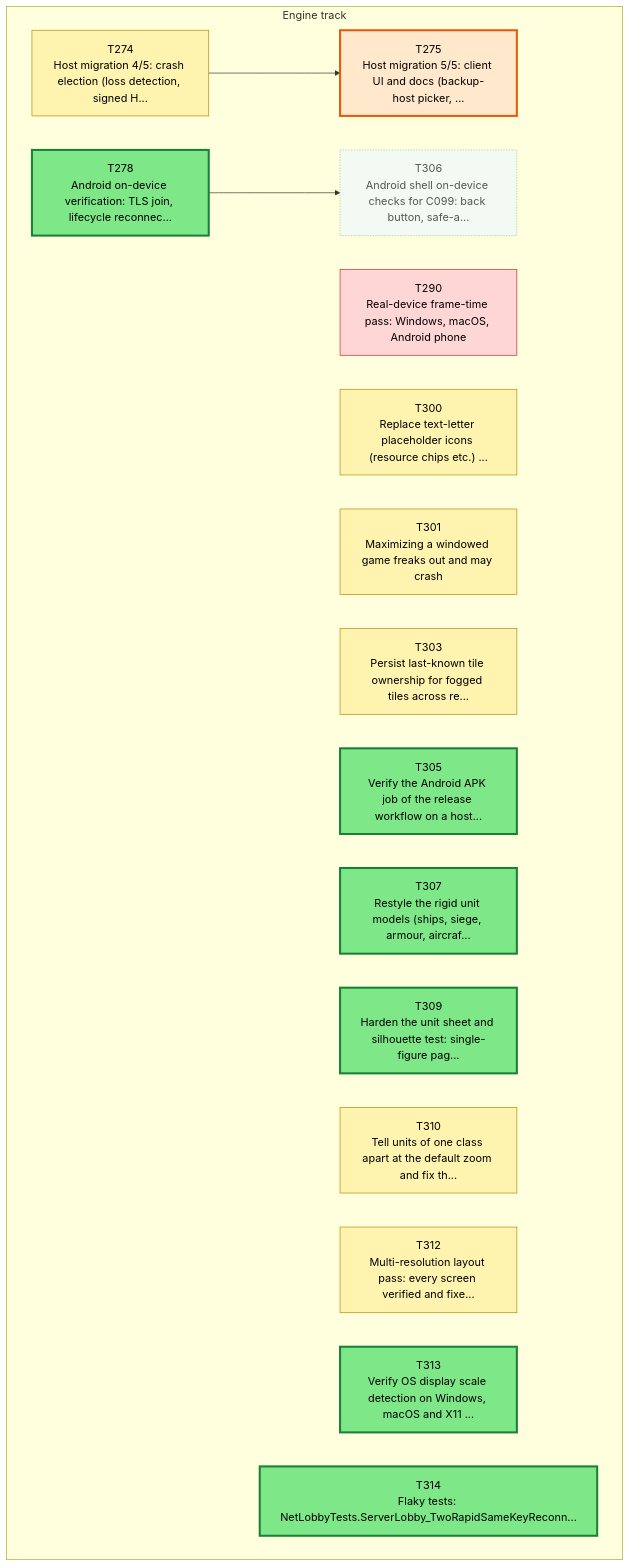
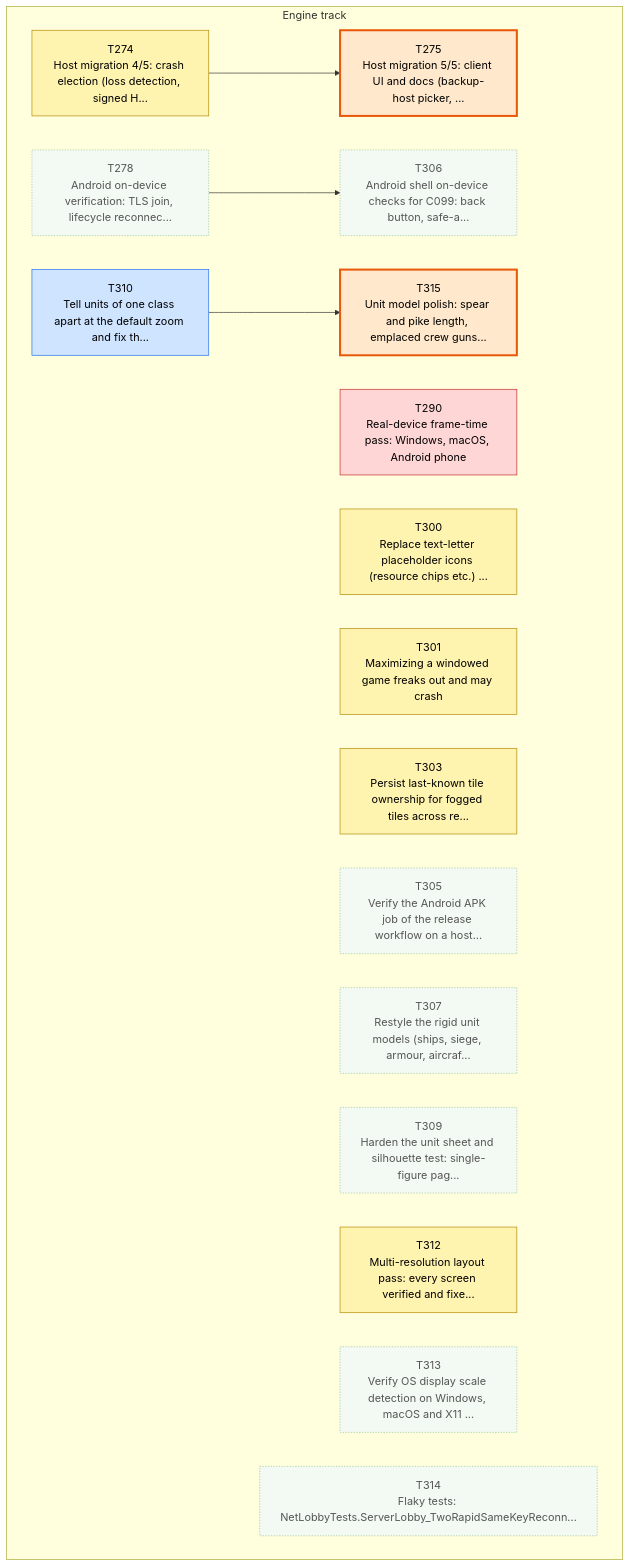
Before and after one commit to Kenmura/Unciv: the first of 3 diagrams in csharp/migration/DEPENDENCY_MAP.md, drawn with Mermaid. The commit also changed other lines of this file and 2 other files, not shown here.

First line of the commit message:
migration: file T315 unit model polish follow-up [Claude]

````diff
--- a/csharp/migration/DEPENDENCY_MAP.md
+++ b/csharp/migration/DEPENDENCY_MAP.md
@@ -35,44 +35,47 @@
 ```mermaid
 flowchart TD
   subgraph TTRACK["Engine track"]
     T274["T274<br/>Host migration 4/5: crash election (loss detection, signed H..."]
     T275["T275<br/>Host migration 5/5: client UI and docs (backup-host picker, ..."]
     T278["T278<br/>Android on-device verification: TLS join, lifecycle reconnec..."]
     T290["T290<br/>Real-device frame-time pass: Windows, macOS, Android phone"]
     T300["T300<br/>Replace text-letter placeholder icons (resource chips etc.) ..."]
     T301["T301<br/>Maximizing a windowed game freaks out and may crash"]
     T303["T303<br/>Persist last-known tile ownership for fogged tiles across re..."]
     T305["T305<br/>Verify the Android APK job of the release workflow on a host..."]
     T306["T306<br/>Android shell on-device checks for C099: back button, safe-a..."]
     T307["T307<br/>Restyle the rigid unit models (ships, siege, armour, aircraf..."]
     T309["T309<br/>Harden the unit sheet and silhouette test: single-figure pag..."]
     T310["T310<br/>Tell units of one class apart at the default zoom and fix th..."]
     T312["T312<br/>Multi-resolution layout pass: every screen verified and fixe..."]
     T313["T313<br/>Verify OS display scale detection on Windows, macOS and X11 ..."]
     T314["T314<br/>Flaky tests: NetLobbyTests.ServerLobby_TwoRapidSameKeyReconn..."]
+    T315["T315<br/>Unit model polish: spear and pike length, emplaced crew guns..."]
   end
   T274 --> T275
   T278 --> T306
+  T310 --> T315
   classDef waiting fill:#f3faf3,stroke:#9bc49b,color:#555,stroke-dasharray:2 2
   classDef ondeck fill:#ffe8cc,stroke:#e8590c,stroke-width:3px,color:#000
   classDef ready fill:#7ee787,stroke:#1a7f37,stroke-width:3px,color:#000
   classDef prog fill:#fff3b0,stroke:#b58900,color:#000
   classDef review fill:#cfe4ff,stroke:#1f6feb,color:#000
   classDef blocked fill:#ffd6d6,stroke:#c62828,color:#000
   classDef done fill:#eeeeee,stroke:#999999,color:#666,stroke-dasharray:4 3
   class T274 prog
   class T275 ondeck
-  class T278 ready
+  class T278 waiting
   class T290 blocked
   class T300 prog
   class T301 prog
   class T303 prog
-  class T305 ready
+  class T305 waiting
   class T306 waiting
-  class T307 ready
-  class T309 ready
-  class T310 prog
+  class T307 waiting
+  class T309 waiting
+  class T310 review
   class T312 prog
-  class T313 ready
-  class T314 ready
+  class T313 waiting
+  class T314 waiting
+  class T315 ondeck
 ```
````
